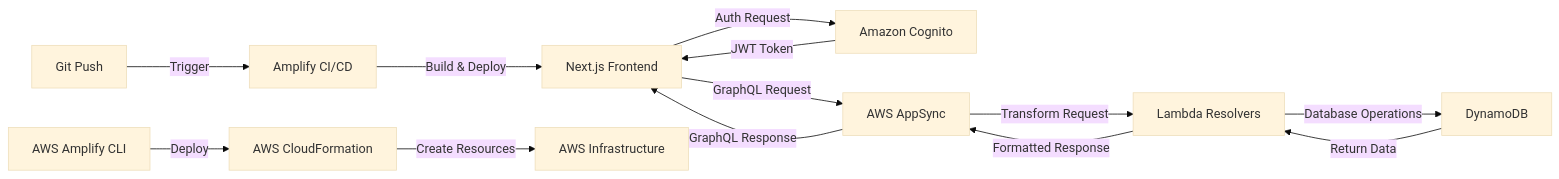
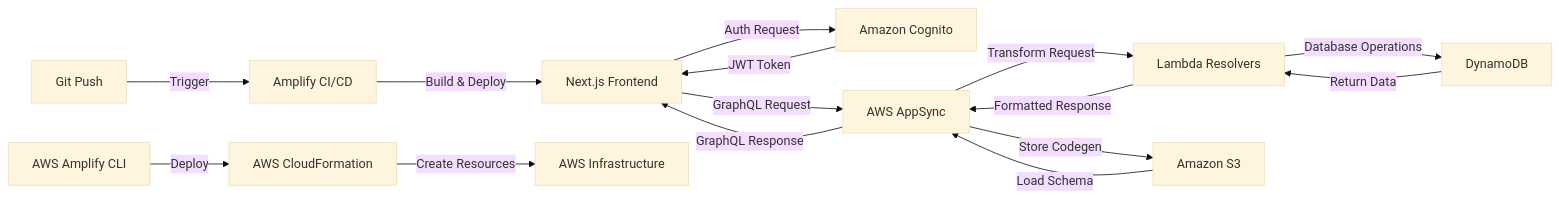
One commit to JulianZ-CD/stroop-test-app changed the first of 4 diagrams in README.md. Above: the diagram before and after it, drawn with Mermaid (base theme).

````diff
--- a/README.md
+++ b/README.md
@@ -40,18 +40,21 @@
 ```mermaid
 graph LR
     A[Next.js Frontend] -->|Auth Request| B[Amazon Cognito]
     B -->|JWT Token| A
     
     A -->|GraphQL Request| C[AWS AppSync]
     C -->|Transform Request| D[Lambda Resolvers]
     D -->|Database Operations| E[DynamoDB]
     E -->|Return Data| D
     D -->|Formatted Response| C
     C -->|GraphQL Response| A
     
     F[AWS Amplify CLI] -->|Deploy| G[AWS CloudFormation]
     G -->|Create Resources| H[AWS Infrastructure]
     
     I[Git Push] -->|Trigger| J[Amplify CI/CD]
     J -->|Build & Deploy| A
+    
+    C -->|Store Codegen| L[Amazon S3]
+    L -->|Load Schema| C
 ```
````
